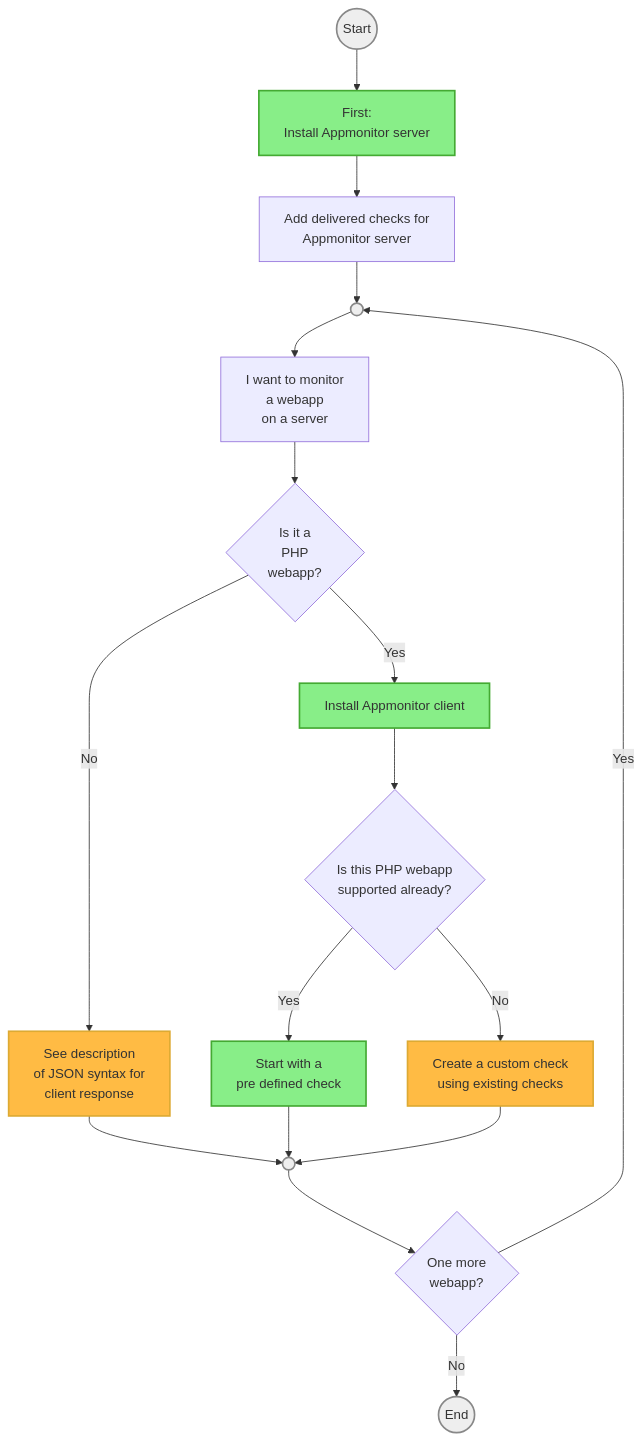
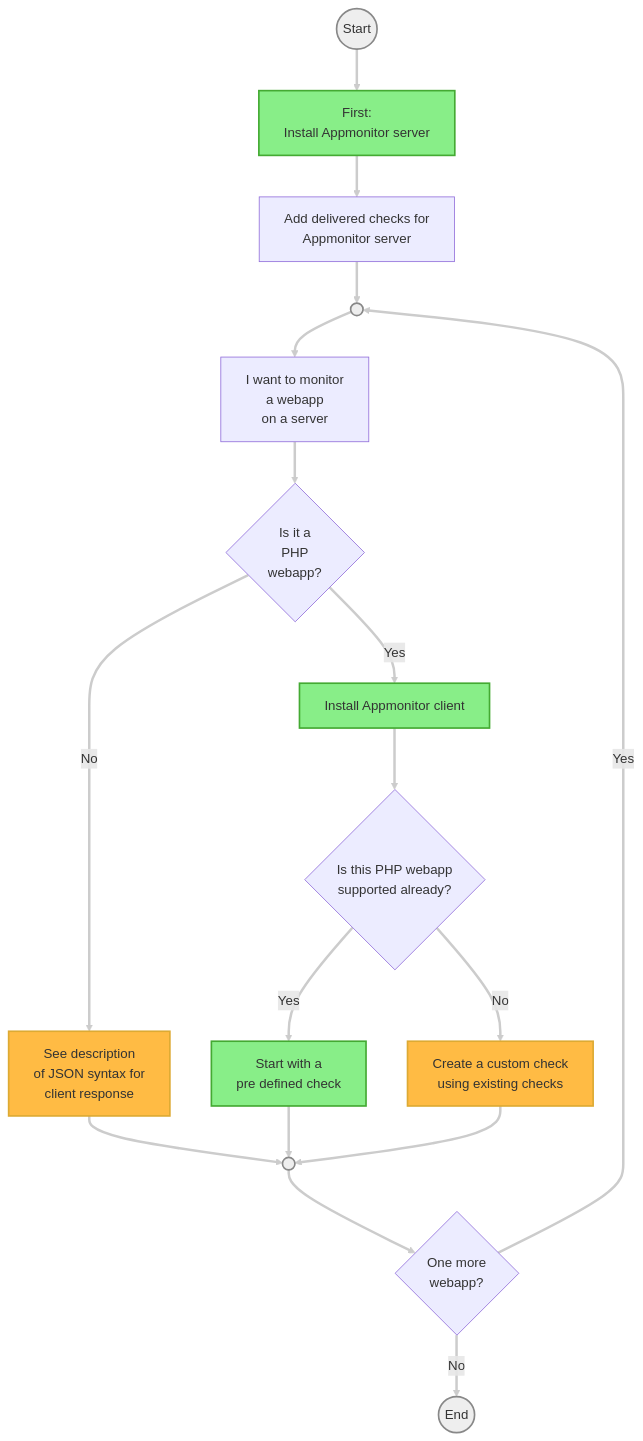
One commit to iml-it/appmonitor changed the diagram in docs/30_Quickstart/10_Monitor_a_webapp.md. Above: the diagram before and after it, drawn with Mermaid. The commit also changed 7 other files, not shown here.

````diff
--- a/docs/30_Quickstart/10_Monitor_a_webapp.md
+++ b/docs/30_Quickstart/10_Monitor_a_webapp.md
@@ -5,57 +5,59 @@
 ``` mermaid
 flowchart TD
 
     %% ----- STYLING
+
+    linkStyle default stroke: #ccc,stroke-width:3px
 
     style START fill:#eee,stroke:#888,stroke-width:2px
     style END fill:#eee,stroke:#888,stroke-width:2px
 
     classDef ok fill:#8e8,stroke:#4a3,stroke-width:2px
     classDef work fill:#fb4,stroke:#da3,stroke-width:2px
 
     style LOOPSTART fill:#eee,stroke:#888,stroke-width:2px
     style LOOPEND fill:#eee,stroke:#888,stroke-width:2px
 
     %% ----- NODES
 
     START((Start))
     END((End))
     LOOPSTART(( ))
     
     SRV[First:<br>Install Appmonitor server]
     AddAppminitorCheck[Add delivered checks for<br>Appmonitor server]
     WannaMonitor[I want to monitor<br>a webapp<br>on a server]
     IsPHP{Is it a<br>PHP <br>webapp?}
 
     SeeDescription[See description<br>of JSON syntax for<br> client response]
     InstallClient[Install Appmonitor client]
     SupportedApp{Is this PHP webapp<br>supported already?}
     UseAppCheck[Start with a<br>pre defined check]
     CreateChecks[Create a custom check<br>using existing checks]
 
     LOOPEND(( ))
     MOREAPPS{One more<br>webapp?}
 
 
     %% ----- NODES
 
     START --> SRV:::ok --> AddAppminitorCheck --> LOOPSTART
     LOOPSTART --> WannaMonitor
     WannaMonitor --> IsPHP
     IsPHP -->|No| SeeDescription:::work
     
     IsPHP -->|Yes| InstallClient:::ok
     InstallClient --> SupportedApp
     SupportedApp --> |Yes| UseAppCheck:::ok
     SupportedApp --> |No| CreateChecks:::work
 
     SeeDescription --> LOOPEND
     UseAppCheck --> LOOPEND
     CreateChecks --> LOOPEND
 
     LOOPEND --> MOREAPPS
 
     MOREAPPS --> |Yes| LOOPSTART
     MOREAPPS --> |No| END
 
 ```
````
